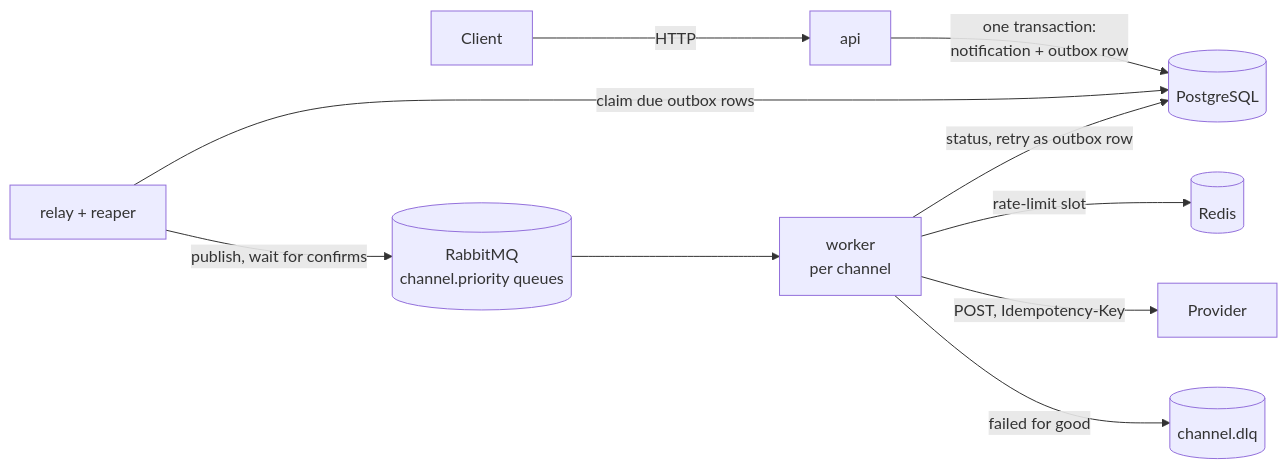
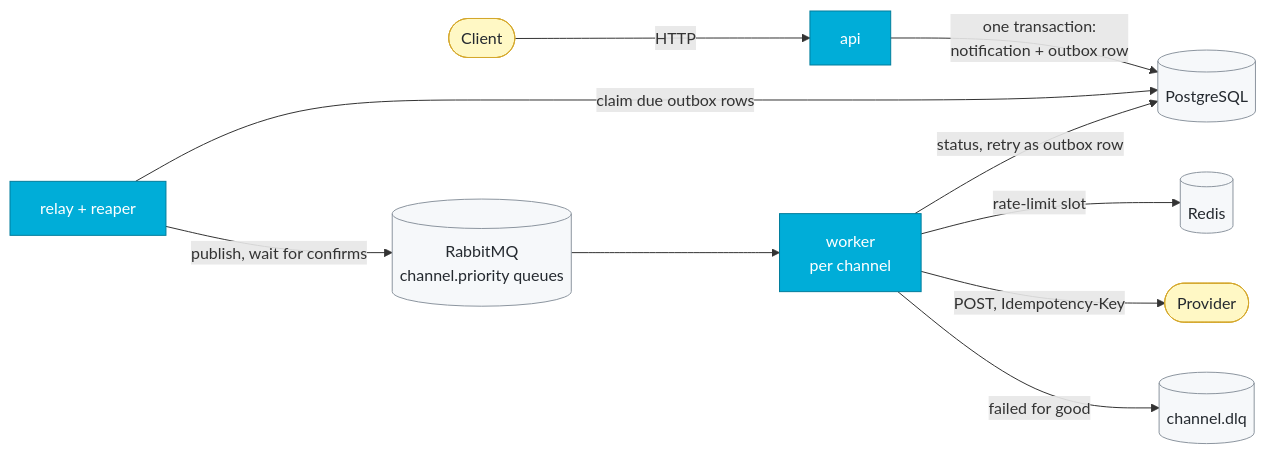
Before and after one commit to muzaffercanan/gogogo: the first of 2 diagrams in README.md, drawn with Mermaid. The commit also changed other lines of this file, not shown here.

````diff
--- a/README.md
+++ b/README.md
@@ -55,12 +98,19 @@
 ```mermaid
 flowchart LR
-  C[Client] -->|HTTP| API[api]
+  C([Client]) -->|HTTP| API[api]
   API -->|one transaction:<br>notification + outbox row| PG[(PostgreSQL)]
   REL[relay + reaper] -->|claim due outbox rows| PG
   REL -->|publish, wait for confirms| MQ[(RabbitMQ<br>channel.priority queues)]
   MQ --> W[worker<br>per channel]
   W -->|rate-limit slot| RD[(Redis)]
-  W -->|POST, Idempotency-Key| P[Provider]
+  W -->|POST, Idempotency-Key| P([Provider])
   W -->|status, retry as outbox row| PG
   W -->|failed for good| DLQ[(channel.dlq)]
+
+  classDef proc fill:#00ADD8,stroke:#007d9c,color:#fff
+  classDef store fill:#f6f8fa,stroke:#8c959f,color:#24292f
+  classDef ext fill:#fff8c5,stroke:#d4a72c,color:#24292f
+  class API,REL,W proc
+  class PG,MQ,RD,DLQ store
+  class C,P ext
 ```
````
